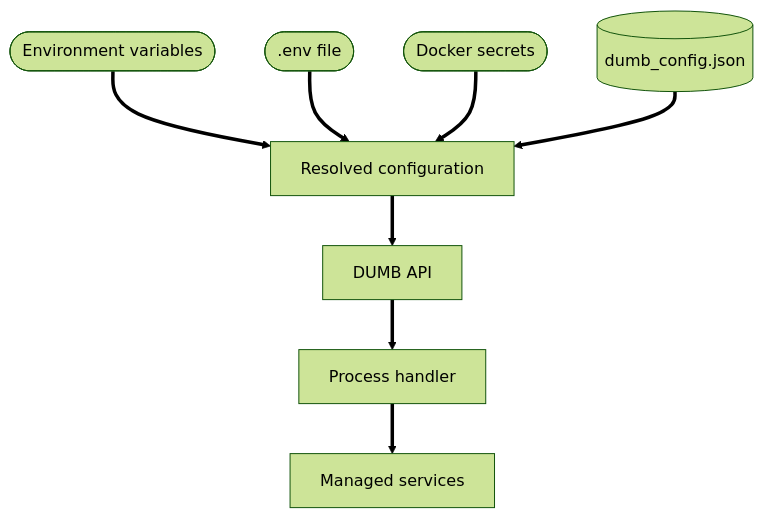
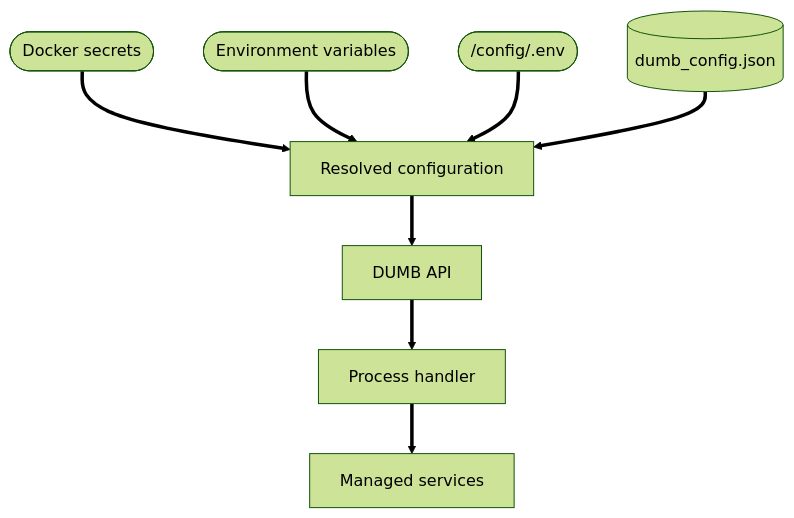
The diagram in docs/features/configuration.md (I-am-PUID-0/DUMB_docs), drawn with Mermaid (forest theme) before and after one commit. The commit also changed other lines of this file and 90 other files, not shown here.

````diff
--- a/docs/features/configuration.md
+++ b/docs/features/configuration.md
@@ -19,20 +19,20 @@
 ```mermaid
 %%{ init: { "flowchart": { "curve": "basis" } } }%%
 flowchart TD
+    SEC([Docker secrets])
     ENV([Environment variables])
-    DOT([.env file])
-    SEC([Docker secrets])
+    DOT([/config/.env])
     CFG[(dumb_config.json)]
     MERGE[Resolved configuration]
     API[DUMB API]
     PH[Process handler]
     SVC[Managed services]
 
+    SEC ==> MERGE
     ENV ==> MERGE
     DOT ==> MERGE
-    SEC ==> MERGE
     CFG ==> MERGE
     MERGE ==> API
     API ==> PH
     PH ==> SVC
 ```
````
